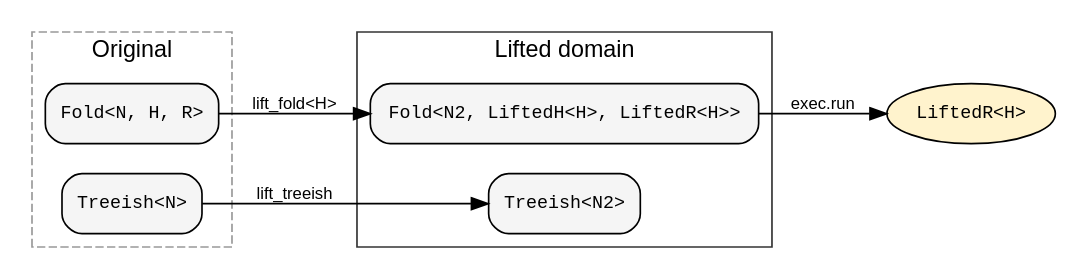
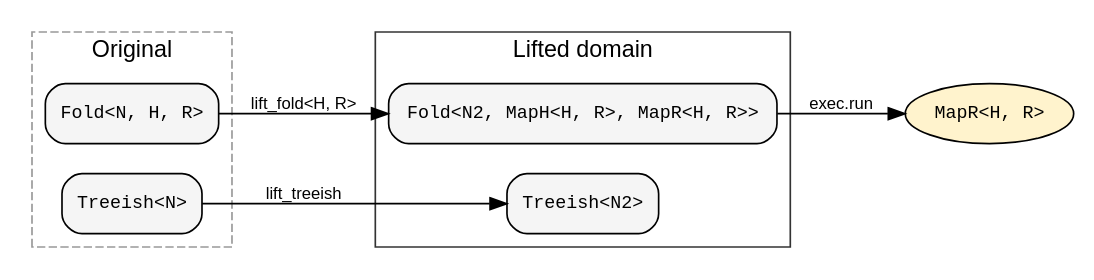
The second of 2 diagrams in book/src/concepts/transforms.md (hylic-recursion/hylic-docs), drawn with Graphviz before and after one commit. The commit also changed other lines of this file and 7 other files, not shown here.

````diff
--- a/book/src/concepts/transforms.md
+++ b/book/src/concepts/transforms.md
@@ -53,27 +53,27 @@
 ```dot process
 digraph {
     rankdir=LR;
     node [shape=box, style="rounded,filled", fillcolor="#f5f5f5", fontname="monospace", fontsize=11];
     edge [fontname="sans-serif", fontsize=10];
 
     subgraph cluster_orig {
         label="Original";
         style=dashed; color="#999999"; fontname="sans-serif";
         F [label="Fold<N, H, R>"];
         T [label="Treeish<N>"];
     }
 
     subgraph cluster_lifted {
         label="Lifted domain";
         style=solid; color="#333333"; fontname="sans-serif";
-        F2 [label="Fold<N2, LiftedH<H>, LiftedR<H>>"];
+        F2 [label="Fold<N2, MapH<H, R>, MapR<H, R>>"];
         T2 [label="Treeish<N2>"];
     }
 
-    R2 [label="LiftedR<H>", shape=ellipse, style=filled, fillcolor="#fff3cd"];
+    R2 [label="MapR<H, R>", shape=ellipse, style=filled, fillcolor="#fff3cd"];
 
-    F -> F2 [label="lift_fold<H>"];
+    F -> F2 [label="lift_fold<H, R>"];
     T -> T2 [label="lift_treeish"];
     F2 -> R2 [label="exec.run"];
 }
 ```
````
